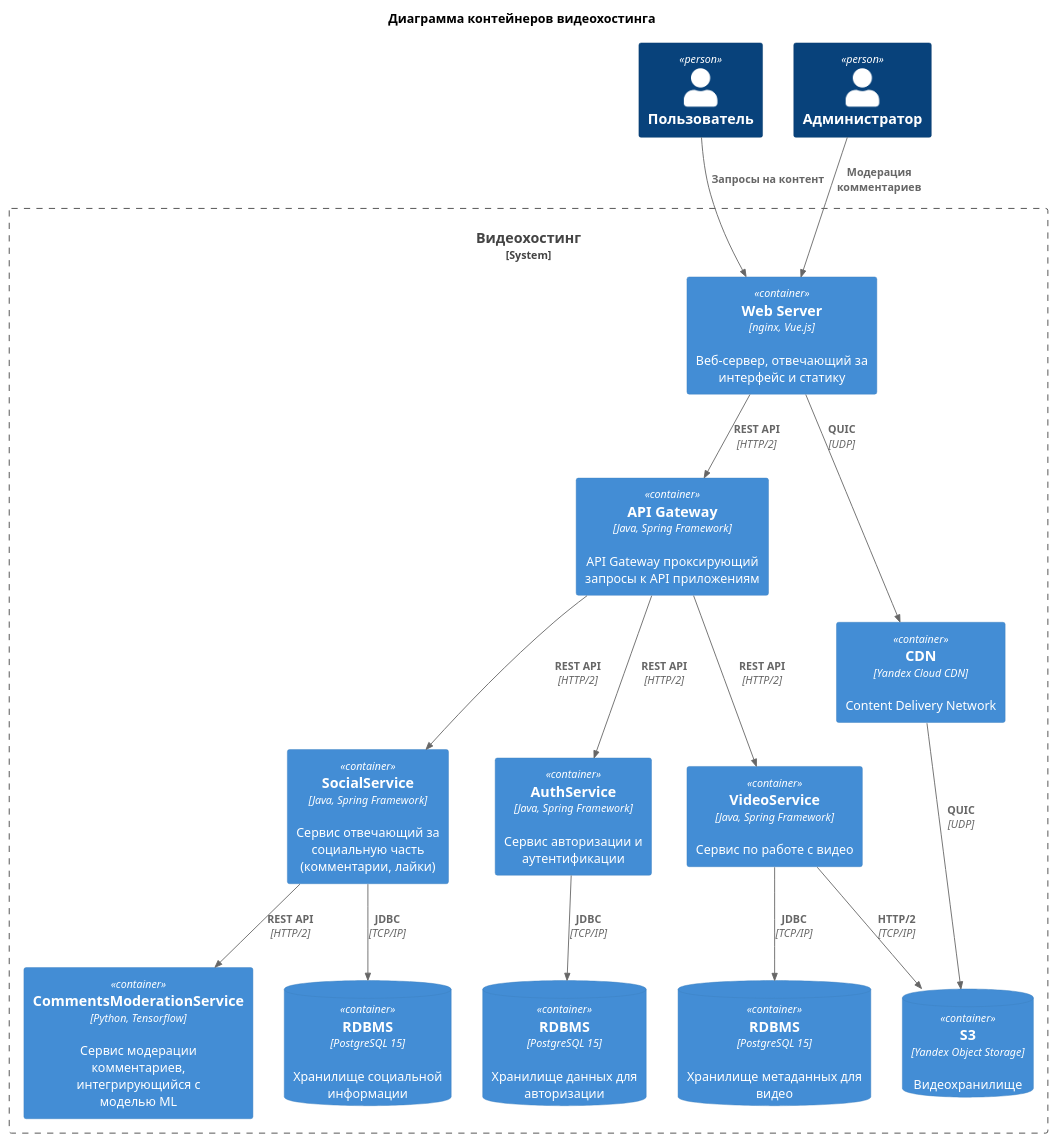
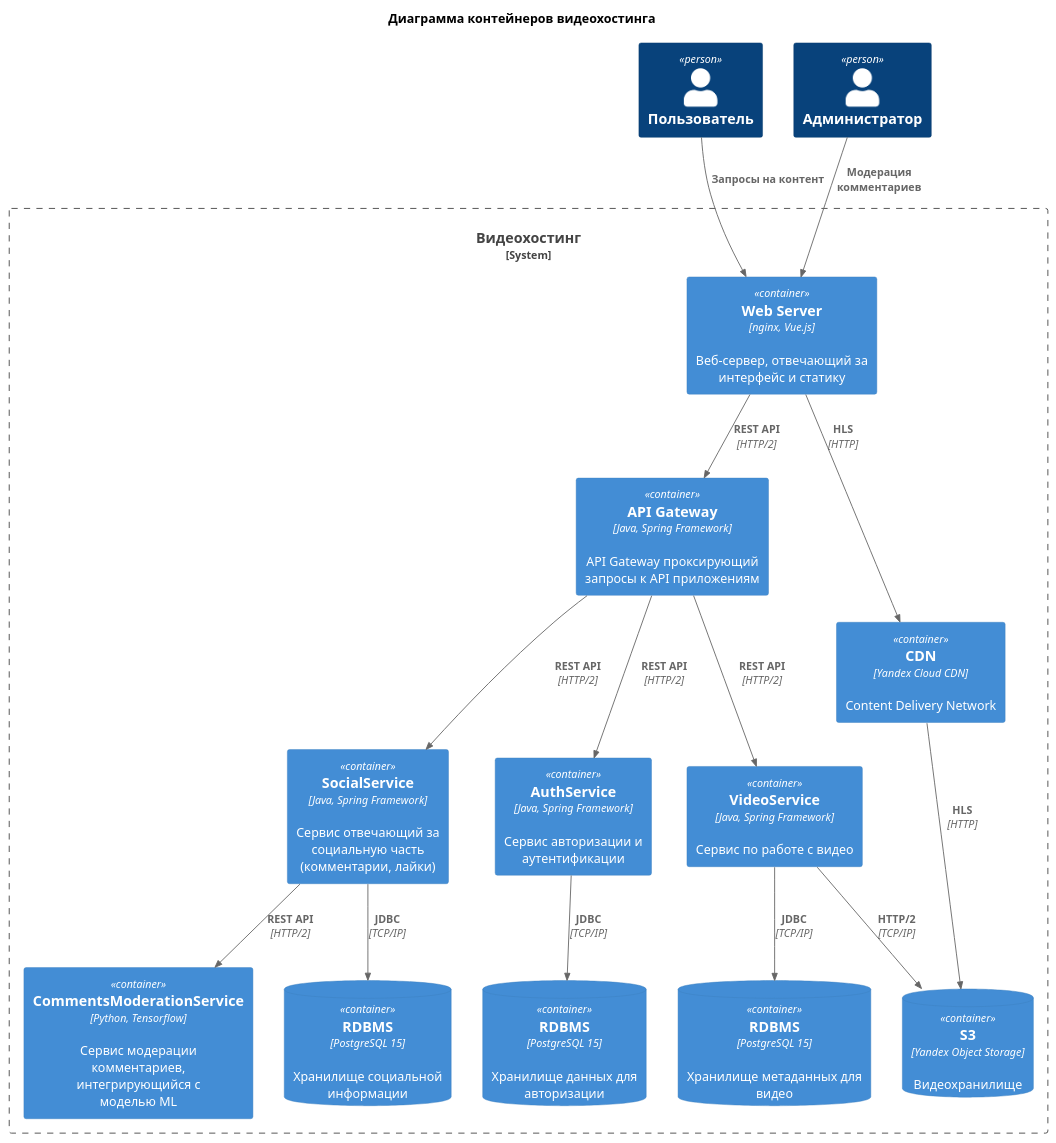
One commit to is-svi-y25/docs changed the diagram in container.puml. Above: the diagram before and after it, drawn with PlantUML. The commit also changed 1 other file, not shown here.

```diff
--- a/container.puml
+++ b/container.puml
@@ -1,44 +1,44 @@
 @startuml
 !include <C4/C4_Container.puml>
 !include https://raw.githubusercontent.com/plantuml-stdlib/C4-PlantUML/master/C4_Container.puml
 
 title Диаграмма контейнеров видеохостинга
 
 Person(user, "Пользователь")
 Person(admin, "Администратор")
 
 System_Boundary(videoHosting, "Видеохостинг") {
   Container(webServer, "Web Server", "nginx, Vue.js", "Веб-сервер, отвечающий за интерфейс и статику")
   Container(apiGateway, "API Gateway", "Java, Spring Framework", "API Gateway проксирующий запросы к API приложениям")
 
   Container(socialService, "SocialService", "Java, Spring Framework", "Сервис отвечающий за социальную часть (комментарии, лайки)")
   Container(authService, "AuthService", "Java, Spring Framework", "Сервис авторизации и аутентификации")
   Container(playbackService, "VideoService", "Java, Spring Framework", "Сервис по работе с видео")
   Container(commentsModerationService, "CommentsModerationService", "Python, Tensorflow", "Сервис модерации комментариев, интегрирующийся с моделью ML")
   Container(cdn, "CDN", "Yandex Cloud CDN", "Content Delivery Network")
 
   ContainerDb(videoMetaDb, "RDBMS", "PostgreSQL 15", "Хранилище метаданных для видео")
   ContainerDb(authDb, "RDBMS", "PostgreSQL 15", "Хранилище данных для авторизации")
   ContainerDb(socialDb, "RDBMS", "PostgreSQL 15", "Хранилище социальной информации")
   ContainerDb(s3, "S3", "Yandex Object Storage", "Видеохранилище")
 }
 
 Rel(user, webServer, "Запросы на контент")
 Rel(admin, webServer, "Модерация комментариев")
 Rel(webServer, apiGateway, "REST API", "HTTP/2")
 
 Rel(apiGateway, socialService, "REST API", "HTTP/2")
 Rel(apiGateway, authService, "REST API", "HTTP/2")
 Rel(apiGateway, playbackService, "REST API", "HTTP/2")
 
 Rel(socialService, commentsModerationService, "REST API", "HTTP/2")
 
 Rel(authService, authDb, "JDBC", "TCP/IP")
 Rel(playbackService, videoMetaDb, "JDBC", "TCP/IP")
 Rel(playbackService, s3, "HTTP/2", "TCP/IP")
 Rel(socialService, socialDb, "JDBC", "TCP/IP")
 
-Rel(webServer, cdn, "QUIC", "UDP")
-Rel(cdn, s3, "QUIC", "UDP")
+Rel(webServer, cdn, "HLS", "HTTP")
+Rel(cdn, s3, "HLS", "HTTP")
 
 @enduml
```
